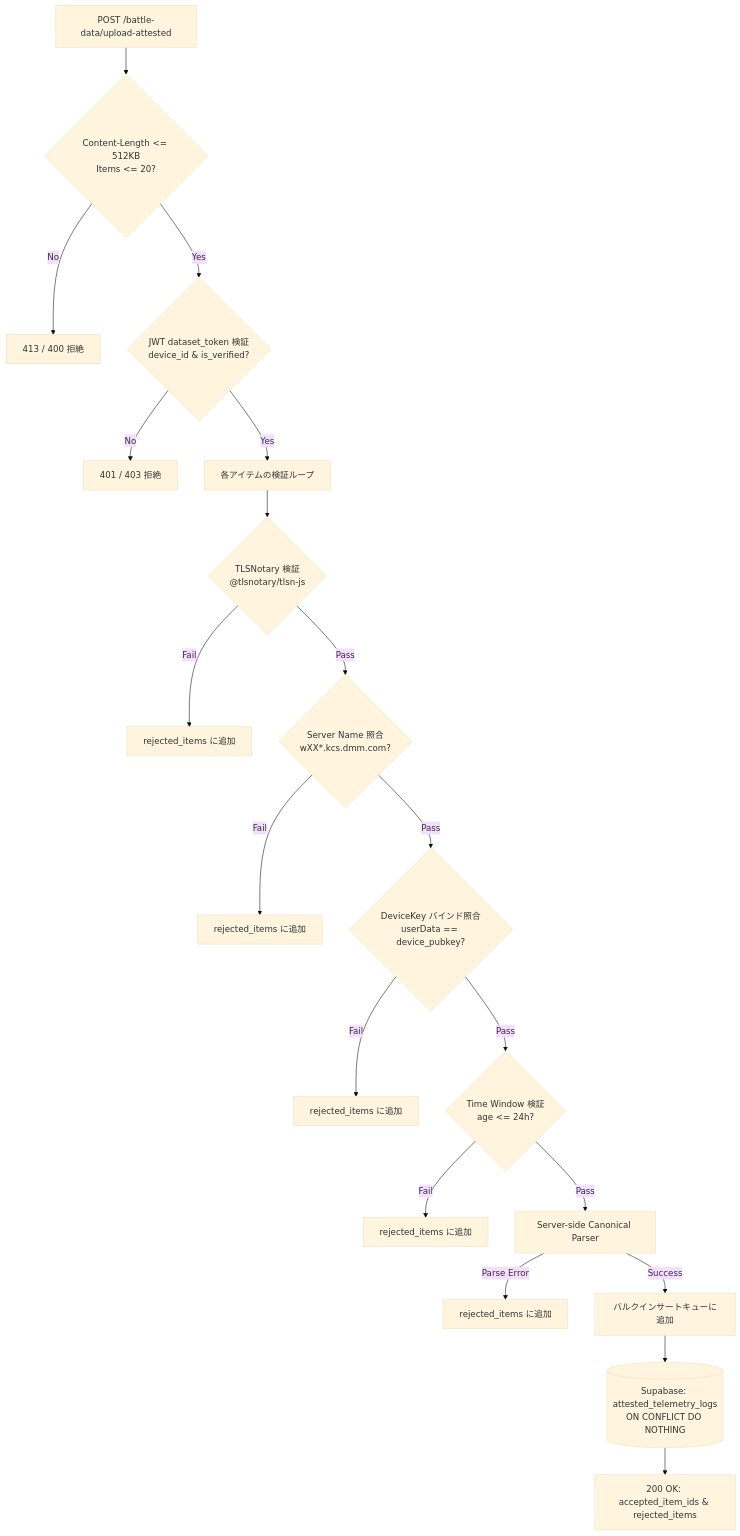
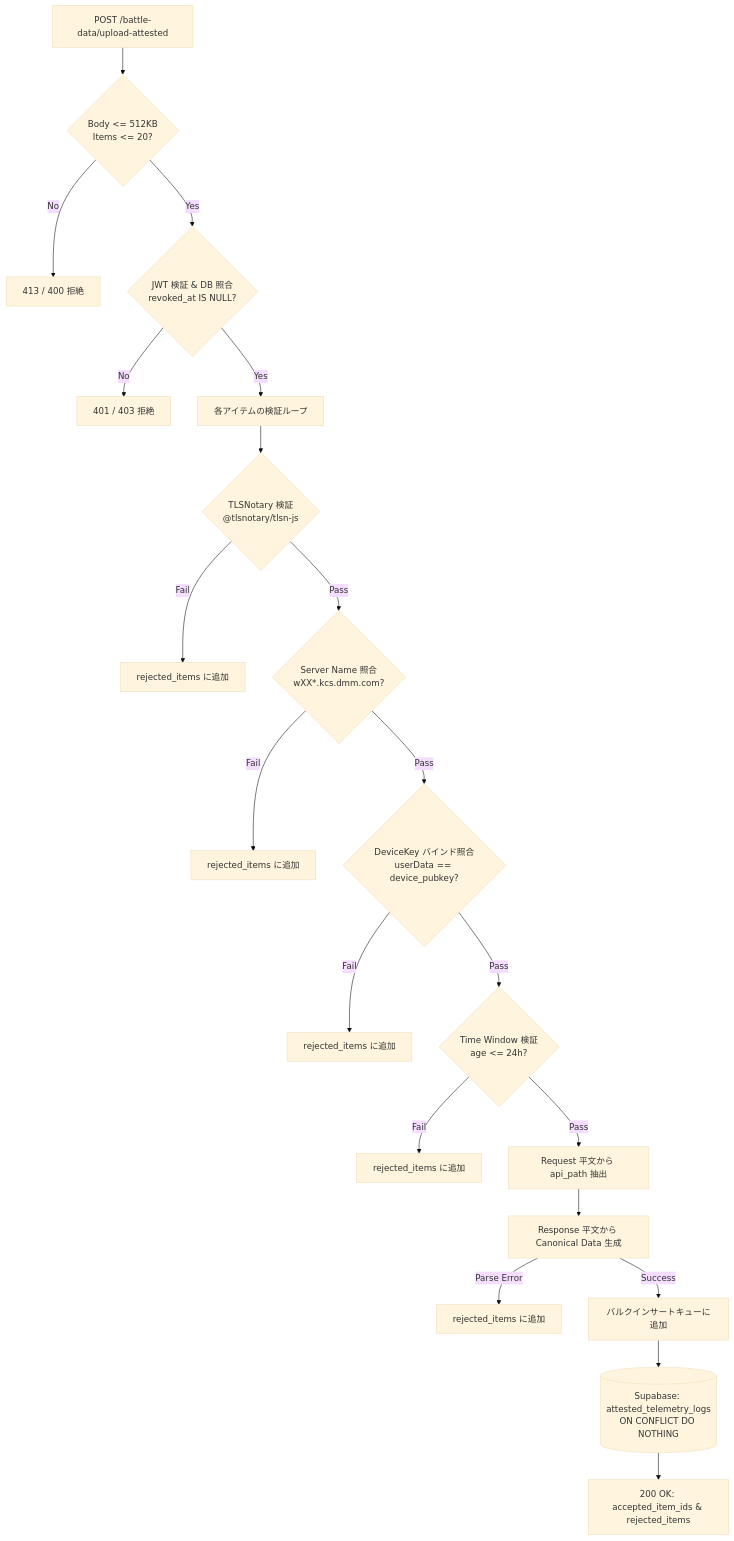
One commit to tsukasa-u/FUSOU changed the diagram in docs/operations/trusted-battle-and-telemetry-ingestion.md. Above: the diagram before and after it, drawn with Mermaid (base theme). The commit also changed other lines of this file and 1 other file, not shown here.

First line of the commit message:
feat: Formalize dual-path architecture and core principles in attestation docs

````diff
--- a/docs/operations/trusted-battle-and-telemetry-ingestion.md
+++ b/docs/operations/trusted-battle-and-telemetry-ingestion.md
@@ -278,24 +279,25 @@
 ```mermaid
 flowchart TD
-    Req[POST /battle-data/upload-attested] --> DoS{Content-Length <= 512KB<br/>Items <= 20?}
+    Req[POST /battle-data/upload-attested] --> DoS{Body <= 512KB<br/>Items <= 20?}
     DoS -->|No| R_413[413 / 400 拒絶]
-    DoS -->|Yes| Auth{JWT dataset_token 検証<br/>device_id & is_verified?}
+    DoS -->|Yes| Auth{JWT 検証 & DB 照合<br/>revoked_at IS NULL?}
     Auth -->|No| R_401[401 / 403 拒絶]
     Auth -->|Yes| Loop[各アイテムの検証ループ]
 
     Loop --> V1{TLSNotary 検証<br/>@tlsnotary/tlsn-js}
     V1 -->|Fail| E1[rejected_items に追加]
     V1 -->|Pass| V2{Server Name 照合<br/>wXX*.kcs.dmm.com?}
     V2 -->|Fail| E2[rejected_items に追加]
     V2 -->|Pass| V3{DeviceKey バインド照合<br/>userData == device_pubkey?}
     V3 -->|Fail| E3[rejected_items に追加]
     V3 -->|Pass| V4{Time Window 検証<br/>age <= 24h?}
     V4 -->|Fail| E4[rejected_items に追加]
-    V4 -->|Pass| P1[Server-side Canonical Parser]
+    V4 -->|Pass| P1[Request 平文から api_path 抽出]
+    P1 --> P2[Response 平文から Canonical Data 生成]
     
-    P1 -->|Parse Error| E5[rejected_items に追加]
-    P1 -->|Success| Bulk[バルクインサートキューに追加]
+    P2 -->|Parse Error| E5[rejected_items に追加]
+    P2 -->|Success| Bulk[バルクインサートキューに追加]
     
     Bulk --> DB[(Supabase: attested_telemetry_logs<br/>ON CONFLICT DO NOTHING)]
     DB --> Res[200 OK: accepted_item_ids & rejected_items]
 ```
````
